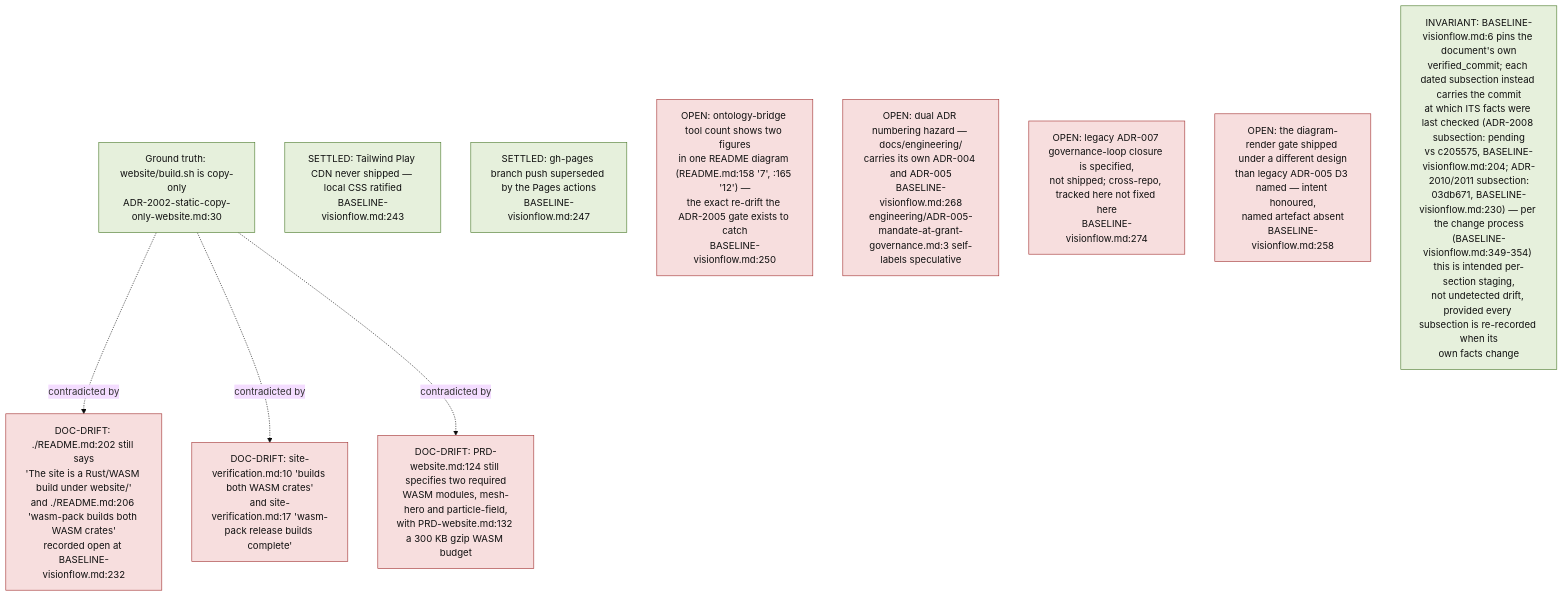
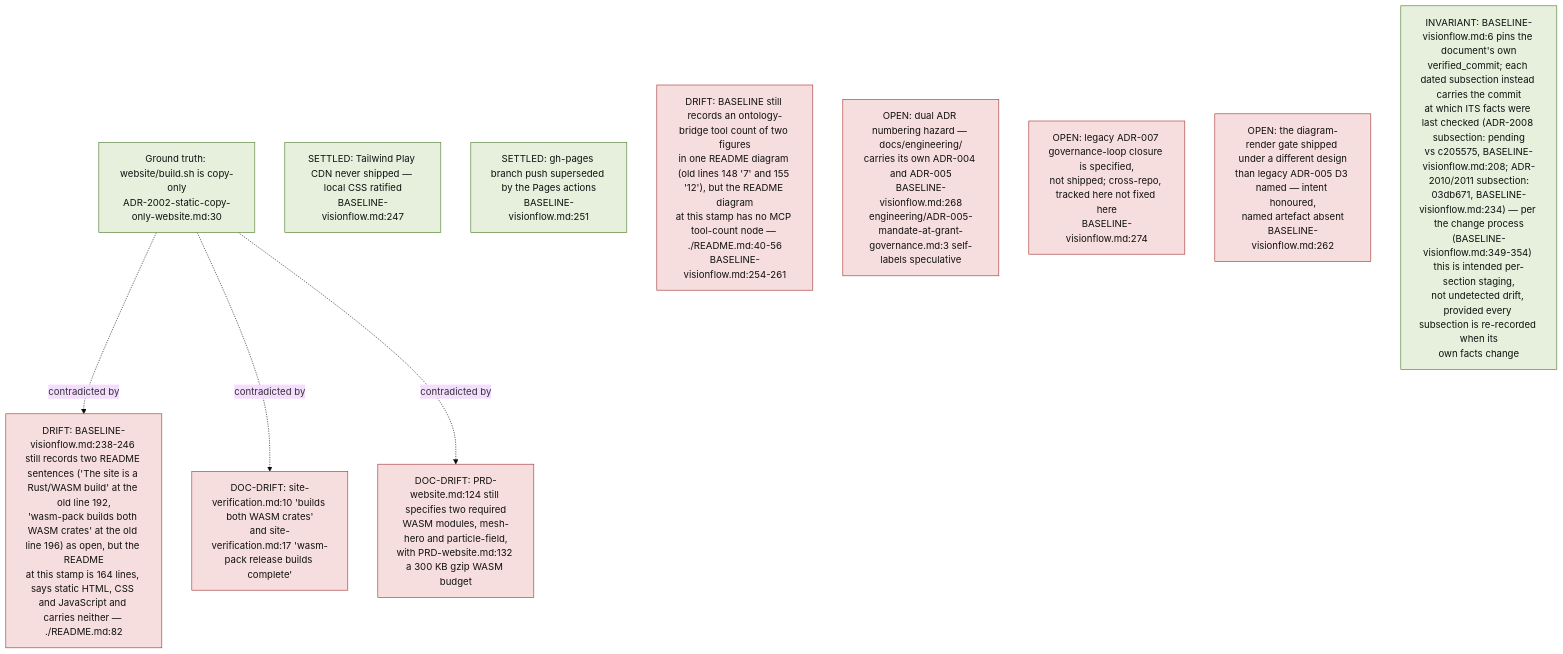
The eighth of 11 diagrams in docs/diagrams/visionflow/01-repo-composition-and-canon.md (DreamLab-AI/VisionFlow), drawn with Mermaid (base theme) before and after one commit. The commit also changed other lines of this file and 160 other files, not shown here.

````diff
--- a/docs/diagrams/visionflow/01-repo-composition-and-canon.md
+++ b/docs/diagrams/visionflow/01-repo-composition-and-canon.md
@@ -312,24 +312,24 @@
 ```mermaid
 flowchart TB
     classDef drift fill:#f7dede,stroke:#a33333,color:#111
     classDef settled fill:#e6f0dc,stroke:#4a7a2a,color:#111
 
     SRC["Ground truth: website/build.sh is copy-only<br/>ADR-2002-static-copy-only-website.md:30"]:::settled
 
-    D1["DOC-DRIFT: ./README.md:202 still says<br/>'The site is a Rust/WASM build under website/'<br/>and ./README.md:206 'wasm-pack builds both WASM crates'<br/>recorded open at BASELINE-visionflow.md:232"]:::drift
+    D1["DRIFT: BASELINE-visionflow.md:238-246 still records two README sentences ('The site is a Rust/WASM build' at the old line 192,<br/>'wasm-pack builds both WASM crates' at the old line 196) as open, but the README<br/>at this stamp is 164 lines, says static HTML, CSS and JavaScript and carries neither — ./README.md:82"]:::drift
     D2["DOC-DRIFT: site-verification.md:10 'builds both WASM crates'<br/>and site-verification.md:17 'wasm-pack release builds complete'"]:::drift
     D3["DOC-DRIFT: PRD-website.md:124 still specifies two required<br/>WASM modules, mesh-hero and particle-field,<br/>with PRD-website.md:132 a 300 KB gzip WASM budget"]:::drift
     SRC -.->|"contradicted by"| D1
     SRC -.->|"contradicted by"| D2
     SRC -.->|"contradicted by"| D3
 
-    S1["SETTLED: Tailwind Play CDN never shipped — local CSS ratified<br/>BASELINE-visionflow.md:243"]:::settled
-    S2["SETTLED: gh-pages branch push superseded by the Pages actions<br/>BASELINE-visionflow.md:247"]:::settled
+    S1["SETTLED: Tailwind Play CDN never shipped — local CSS ratified<br/>BASELINE-visionflow.md:247"]:::settled
+    S2["SETTLED: gh-pages branch push superseded by the Pages actions<br/>BASELINE-visionflow.md:251"]:::settled
 
-    O1["OPEN: ontology-bridge tool count shows two figures<br/>in one README diagram (README.md:158 '7', :165 '12') —<br/>the exact re-drift the ADR-2005 gate exists to catch<br/>BASELINE-visionflow.md:250"]:::drift
+    O1["DRIFT: BASELINE still records an ontology-bridge tool count of two figures<br/>in one README diagram (old lines 148 '7' and 155 '12'), but the README diagram<br/>at this stamp has no MCP tool-count node — ./README.md:40-56<br/>BASELINE-visionflow.md:254-261"]:::drift
     O2["OPEN: dual ADR numbering hazard — docs/engineering/<br/>carries its own ADR-004 and ADR-005<br/>BASELINE-visionflow.md:268<br/>engineering/ADR-005-mandate-at-grant-governance.md:3 self-labels speculative"]:::drift
     O3["OPEN: legacy ADR-007 governance-loop closure is specified,<br/>not shipped; cross-repo, tracked here not fixed here<br/>BASELINE-visionflow.md:274"]:::drift
-    O4["OPEN: the diagram-render gate shipped under a different design<br/>than legacy ADR-005 D3 named — intent honoured,<br/>named artefact absent<br/>BASELINE-visionflow.md:258"]:::drift
+    O4["OPEN: the diagram-render gate shipped under a different design<br/>than legacy ADR-005 D3 named — intent honoured,<br/>named artefact absent<br/>BASELINE-visionflow.md:262"]:::drift
 
-    INV["INVARIANT: BASELINE-visionflow.md:6 pins the document's own<br/>verified_commit; each dated subsection instead carries the commit<br/>at which ITS facts were last checked (ADR-2008 subsection: pending<br/>vs c205575, BASELINE-visionflow.md:204; ADR-2010/2011 subsection:<br/>03db671, BASELINE-visionflow.md:230) — per the change process<br/>(BASELINE-visionflow.md:349-354) this is intended per-section staging,<br/>not undetected drift, provided every subsection is re-recorded when its<br/>own facts change"]:::settled
+    INV["INVARIANT: BASELINE-visionflow.md:6 pins the document's own<br/>verified_commit; each dated subsection instead carries the commit<br/>at which ITS facts were last checked (ADR-2008 subsection: pending<br/>vs c205575, BASELINE-visionflow.md:208; ADR-2010/2011 subsection:<br/>03db671, BASELINE-visionflow.md:234) — per the change process<br/>(BASELINE-visionflow.md:349-354) this is intended per-section staging,<br/>not undetected drift, provided every subsection is re-recorded when its<br/>own facts change"]:::settled
 ```
````
